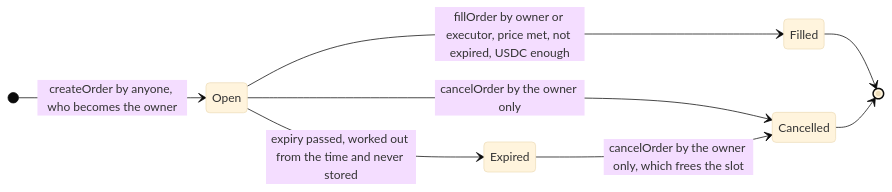
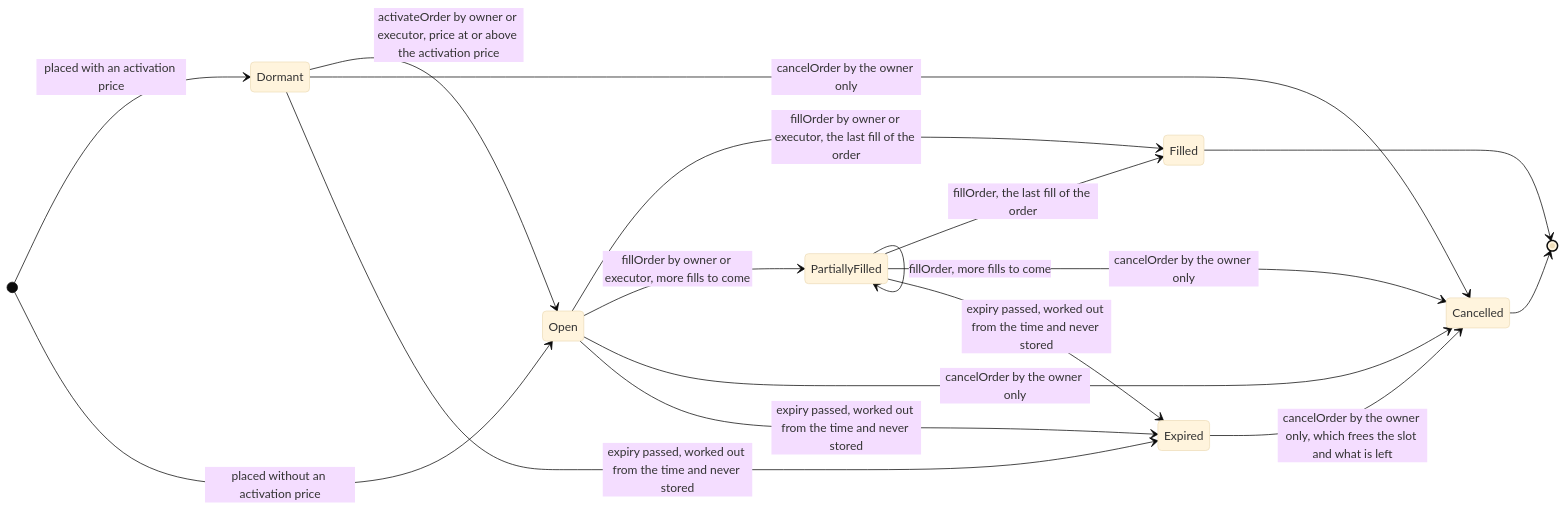
Before and after one commit to Zhen131/ZHENNs_Ledger_Trigger: the diagram in docs/contract-spec.md, drawn with Mermaid (base theme). The commit also changed other lines of this file, not shown here.

Commit message:
Describe both contracts, the four kinds of order, activation and receipts in the contract specification

````diff
--- a/docs/contract-spec.md
+++ b/docs/contract-spec.md
@@ -206,11 +335,20 @@
 ```mermaid
 stateDiagram-v2
     direction LR
-    [*] --> Open: createOrder by anyone, who becomes the owner
-    Open --> Filled: fillOrder by owner or executor, price met, not expired, USDC enough
+    [*] --> Dormant: placed with an activation price
+    [*] --> Open: placed without an activation price
+    Dormant --> Open: activateOrder by owner or executor, price at or above the activation price
+    Open --> Filled: fillOrder by owner or executor, the last fill of the order
+    Open --> PartiallyFilled: fillOrder by owner or executor, more fills to come
+    PartiallyFilled --> PartiallyFilled: fillOrder, more fills to come
+    PartiallyFilled --> Filled: fillOrder, the last fill of the order
+    Dormant --> Cancelled: cancelOrder by the owner only
     Open --> Cancelled: cancelOrder by the owner only
+    PartiallyFilled --> Cancelled: cancelOrder by the owner only
+    Dormant --> Expired: expiry passed, worked out from the time and never stored
     Open --> Expired: expiry passed, worked out from the time and never stored
-    Expired --> Cancelled: cancelOrder by the owner only, which frees the slot
+    PartiallyFilled --> Expired: expiry passed, worked out from the time and never stored
+    Expired --> Cancelled: cancelOrder by the owner only, which frees the slot and what is left
     Filled --> [*]
     Cancelled --> [*]
 ```
````
